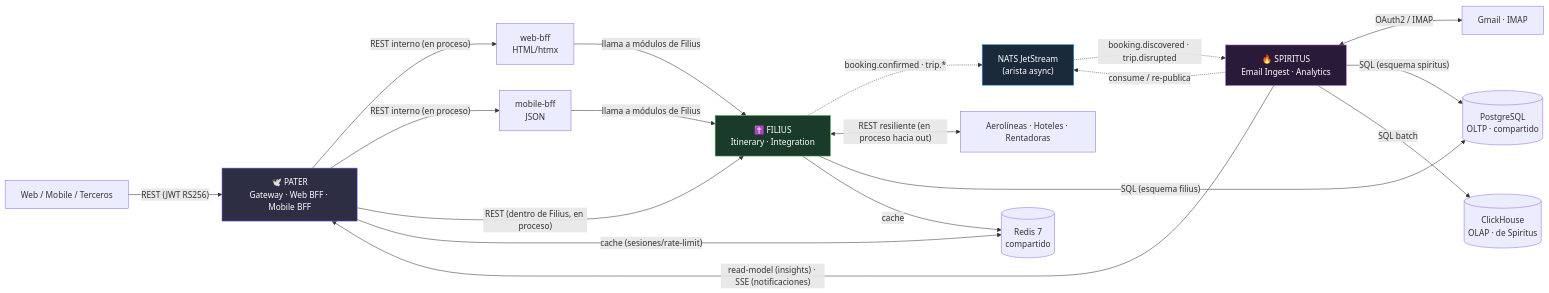
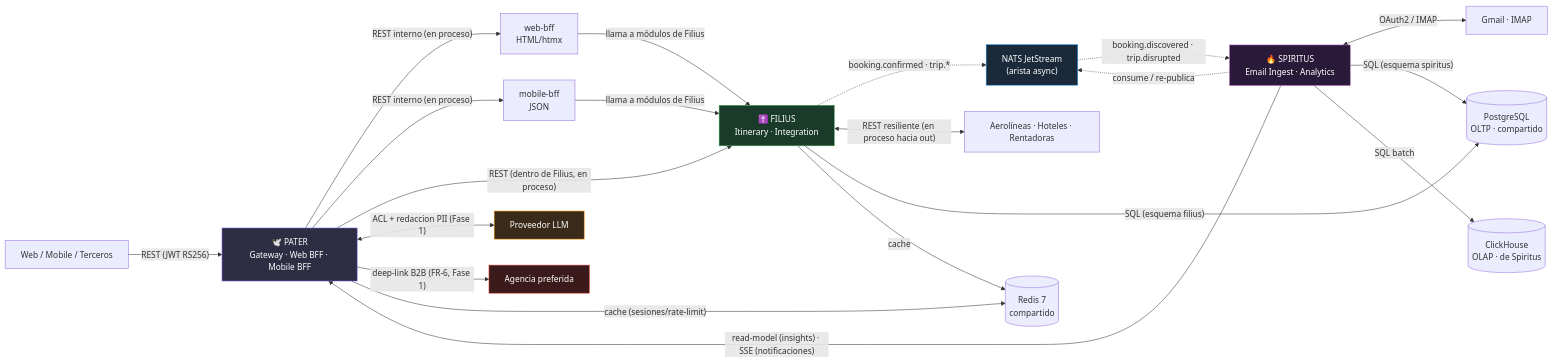
The first of 7 diagrams in trinity/architecture/vista_cyc.md (az-juan/trotamundos), drawn with Mermaid before and after one commit. The commit also changed other lines of this file and 28 other files, not shown here.

````diff
--- a/trinity/architecture/vista_cyc.md
+++ b/trinity/architecture/vista_cyc.md
@@ -1,35 +1,39 @@
 ```mermaid
 graph LR
     CLIENT["Web / Mobile / Terceros"] -->|"REST (JWT RS256)"| PATER["🕊️ PATER<br/>Gateway · Web BFF · Mobile BFF"]
 
     PATER -->|"REST interno (en proceso)"| WEB["web-bff<br/>HTML/htmx"]
     PATER -->|"REST interno (en proceso)"| MOB["mobile-bff<br/>JSON"]
     PATER -->|"REST (dentro de Filius, en proceso)"| FILIUS["✝️ FILIUS<br/>Itinerary · Integration"]
 
     WEB -->|"llama a módulos de Filius"| FILIUS
     MOB -->|"llama a módulos de Filius"| FILIUS
 
     %% Triángulo: las tres aristas
     FILIUS -. "booking.confirmed · trip.*" .-> NATS["NATS JetStream<br/>(arista async)"]
     NATS -. "booking.discovered · trip.disrupted" .-> SPIRITUS["🔥 SPIRITUS<br/>Email Ingest · Analytics"]
     SPIRITUS -. "consume / re-publica" .-> NATS
 
     %% Arista Spiritus -> Pater (read-model / SSE)
     SPIRITUS -->|"read-model (insights) · SSE (notificaciones)"| PATER
 
     %% Externos
     FILIUS <-->|"REST resiliente (en proceso hacia out)"| EXT["Aerolíneas · Hoteles · Rentadoras"]
     SPIRITUS <-->|"OAuth2 / IMAP"| MAIL["Gmail · IMAP"]
+    PATER <-->|"ACL + redaccion PII (Fase 1)"| LLM["Proveedor LLM"]
+    PATER -->|"deep-link B2B (FR-6, Fase 1)"| AG["Agencia preferida"]
 
     %% Datos
     FILIUS -->|"SQL (esquema filius)"| PG[(PostgreSQL<br/>OLTP · compartido)]
     SPIRITUS -->|"SQL (esquema spiritus)"| PG
     PATER -->|"cache (sesiones/rate-limit)"| REDIS[(Redis 7<br/>compartido)]
     FILIUS -->|"cache"| REDIS
     SPIRITUS -->|"SQL batch"| CH[(ClickHouse<br/>OLAP · de Spiritus)]
 
     style PATER fill:#2d2d44,stroke:#7c6ff7,color:#fff
     style FILIUS fill:#1a3a2a,stroke:#4caf50,color:#fff
     style SPIRITUS fill:#2a1a3a,stroke:#ba68c8,color:#fff
     style NATS fill:#1a2a3a,stroke:#2196f3,color:#fff
+    style LLM fill:#3a2a1a,stroke:#ff9800,color:#fff
+    style AG fill:#3a1a1a,stroke:#f44336,color:#fff
 ```
````
